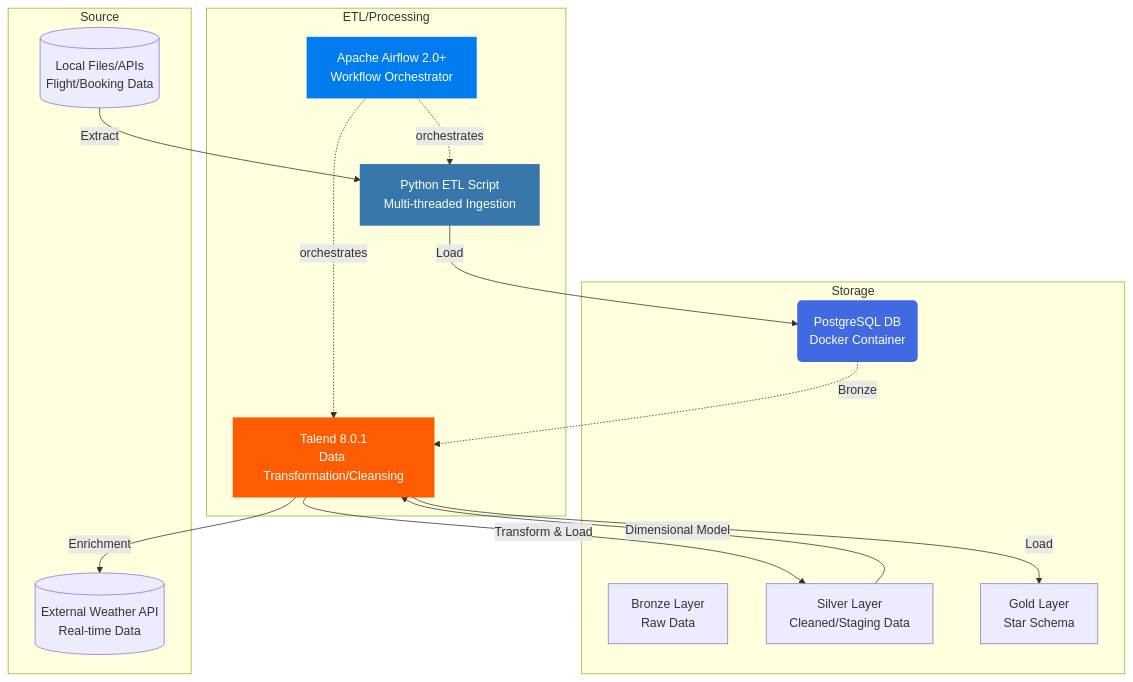
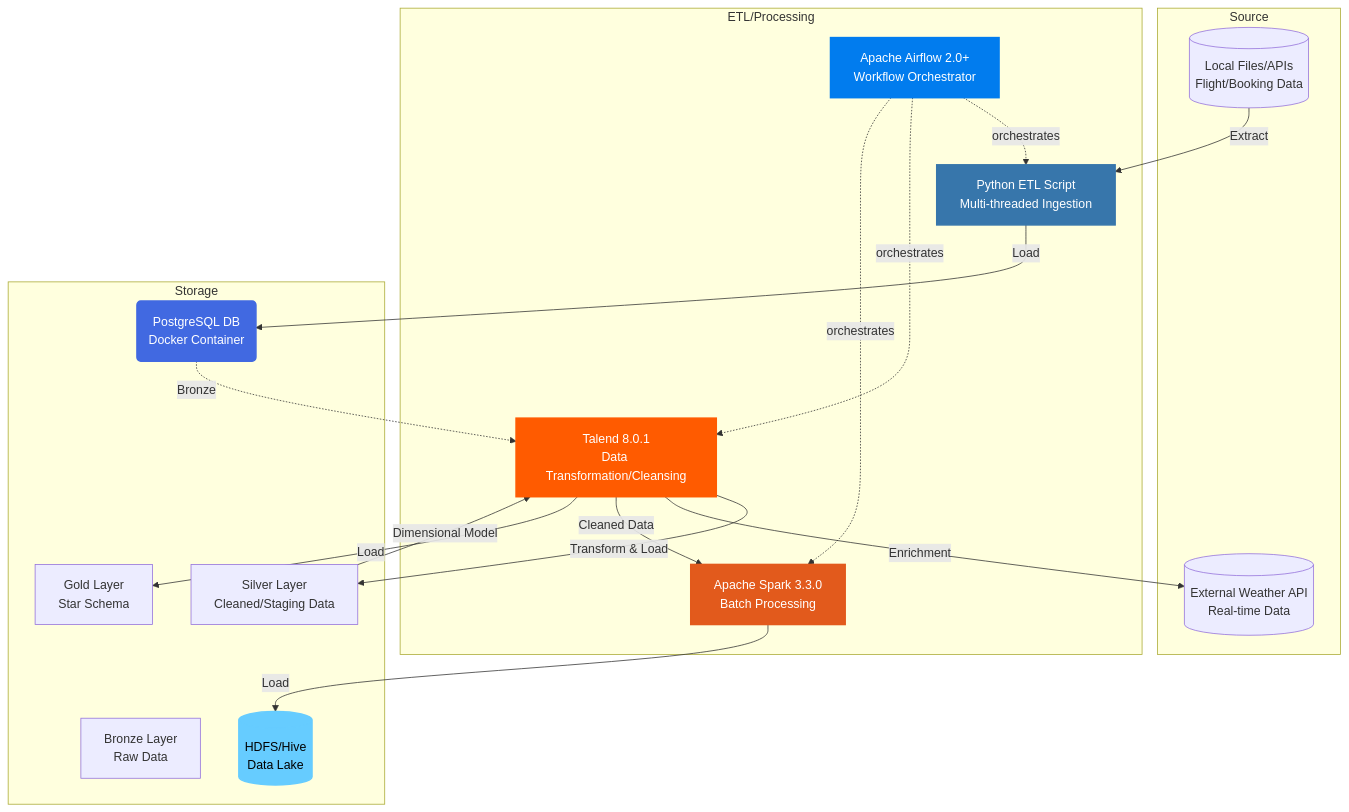
One commit to ilybf/flight-data-pipeline changed the first of 2 diagrams in README.md. Above: the diagram before and after it, drawn with Mermaid. The commit also changed other lines of this file, not shown here.

````diff
--- a/README.md
+++ b/README.md
@@ -27,36 +27,46 @@
 ```mermaid
 graph TB
     subgraph "Source"
         Raw[(Local Files/APIs<br/>Flight/Booking Data)]
         WeatherAPI[(External Weather API<br/>Real-time Data)]
     end
 
     subgraph "ETL/Processing"
         Python[Python ETL Script<br/>Multi-threaded Ingestion]
         Talend[Talend 8.0.1<br/>Data Transformation/Cleansing]
+        Spark[Apache Spark 3.3.0<br/>Batch Processing]
         Airflow[Apache Airflow 2.0+<br/>Workflow Orchestrator]
     end
 
     subgraph "Storage"
         DBeaver(PostgreSQL DB<br/>Docker Container)
         Bronze[Bronze Layer<br/>Raw Data]
         Silver[Silver Layer<br/>Cleaned/Staging Data]
         Gold[Gold Layer<br/>Star Schema]
+        Hadoop[(HDFS/Hive<br/>Data Lake)]
     end
 
     Raw -->|Extract| Python
     Python -->|Load| DBeaver
     DBeaver -. Bronze .-> Talend
     Talend -->|Transform & Load| Silver
     Silver -->|Dimensional Model| Talend
     Talend -->|Enrichment| WeatherAPI
+
+    %% New Flow: Talend feeds Spark
+    Talend -->|Cleaned Data| Spark
+    Spark -->|Load| Hadoop
+
     Talend -->|Load| Gold
 
     Airflow -. orchestrates .-> Python
     Airflow -. orchestrates .-> Talend
+    Airflow -. orchestrates .-> Spark
 
     style DBeaver fill:#4169E1,stroke:#4169E1,color:#fff,stroke-width:2px
     style Python fill:#3776AB,stroke:#3776AB,color:#fff,stroke-width:2px
     style Talend fill:#FF5B00,stroke:#FF5B00,color:#fff,stroke-width:2px
+    style Spark fill:#E25A1C,stroke:#E25A1C,color:#fff,stroke-width:2px
     style Airflow fill:#017CEE,stroke:#017CEE,color:#fff,stroke-width:2px
+    style Hadoop fill:#66CCFF,stroke:#66CCFF,color:#000,stroke-width:2px
 ```
````
